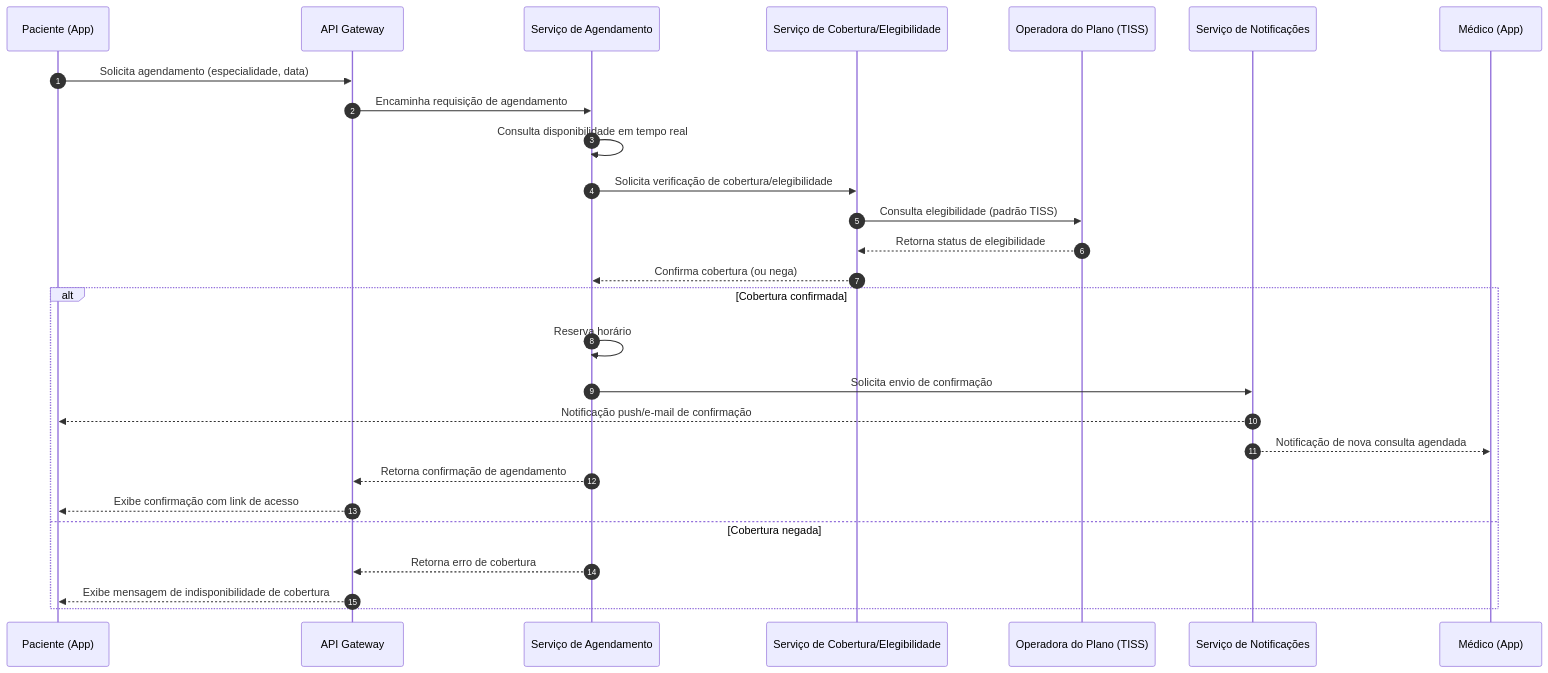
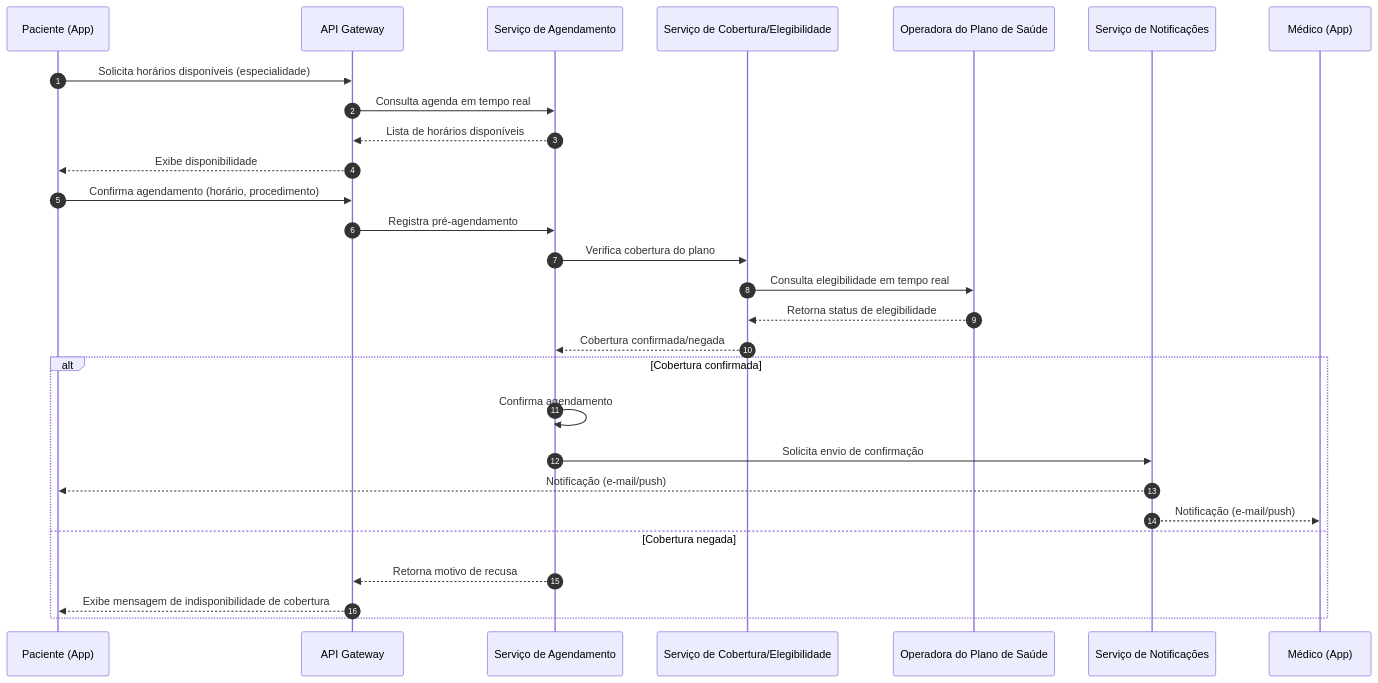
The second of 3 diagrams in docs/Time_2_Design/analise-qualitativa/outputs/relatorio_claude_sonnet_5_G02.md (PDC-ESIA/AI4ES), drawn with Mermaid before and after one commit. The commit also changed other lines of this file and 107 other files, not shown here.

````diff
--- a/docs/Time_2_Design/analise-qualitativa/outputs/relatorio_claude_sonnet_5_G02.md
+++ b/docs/Time_2_Design/analise-qualitativa/outputs/relatorio_claude_sonnet_5_G02.md
@@ -109,30 +95,33 @@
 ```mermaid
 sequenceDiagram
     autonumber
     participant PAC as Paciente (App)
     participant GW as API Gateway
     participant SCHED as Serviço de Agendamento
-    participant PLAN as Serviço de Cobertura/Elegibilidade
-    participant OPER as Operadora do Plano (TISS)
+    participant INS as Serviço de Cobertura/Elegibilidade
+    participant OPS as Operadora do Plano de Saúde
     participant NOTIF as Serviço de Notificações
     participant MED as Médico (App)
 
-    PAC->>GW: Solicita agendamento (especialidade, data)
-    GW->>SCHED: Encaminha requisição de agendamento
-    SCHED->>SCHED: Consulta disponibilidade em tempo real
-    SCHED->>PLAN: Solicita verificação de cobertura/elegibilidade
-    PLAN->>OPER: Consulta elegibilidade (padrão TISS)
-    OPER-->>PLAN: Retorna status de elegibilidade
-    PLAN-->>SCHED: Confirma cobertura (ou nega)
+    PAC->>GW: Solicita horários disponíveis (especialidade)
+    GW->>SCHED: Consulta agenda em tempo real
+    SCHED-->>GW: Lista de horários disponíveis
+    GW-->>PAC: Exibe disponibilidade
+
+    PAC->>GW: Confirma agendamento (horário, procedimento)
+    GW->>SCHED: Registra pré-agendamento
+    SCHED->>INS: Verifica cobertura do plano
+    INS->>OPS: Consulta elegibilidade em tempo real
+    OPS-->>INS: Retorna status de elegibilidade
+    INS-->>SCHED: Cobertura confirmada/negada
+
     alt Cobertura confirmada
-        SCHED->>SCHED: Reserva horário
+        SCHED->>SCHED: Confirma agendamento
         SCHED->>NOTIF: Solicita envio de confirmação
-        NOTIF-->>PAC: Notificação push/e-mail de confirmação
-        NOTIF-->>MED: Notificação de nova consulta agendada
-        SCHED-->>GW: Retorna confirmação de agendamento
-        GW-->>PAC: Exibe confirmação com link de acesso
+        NOTIF-->>PAC: Notificação (e-mail/push)
+        NOTIF-->>MED: Notificação (e-mail/push)
     else Cobertura negada
-        SCHED-->>GW: Retorna erro de cobertura
+        SCHED-->>GW: Retorna motivo de recusa
         GW-->>PAC: Exibe mensagem de indisponibilidade de cobertura
     end
 ```
````
